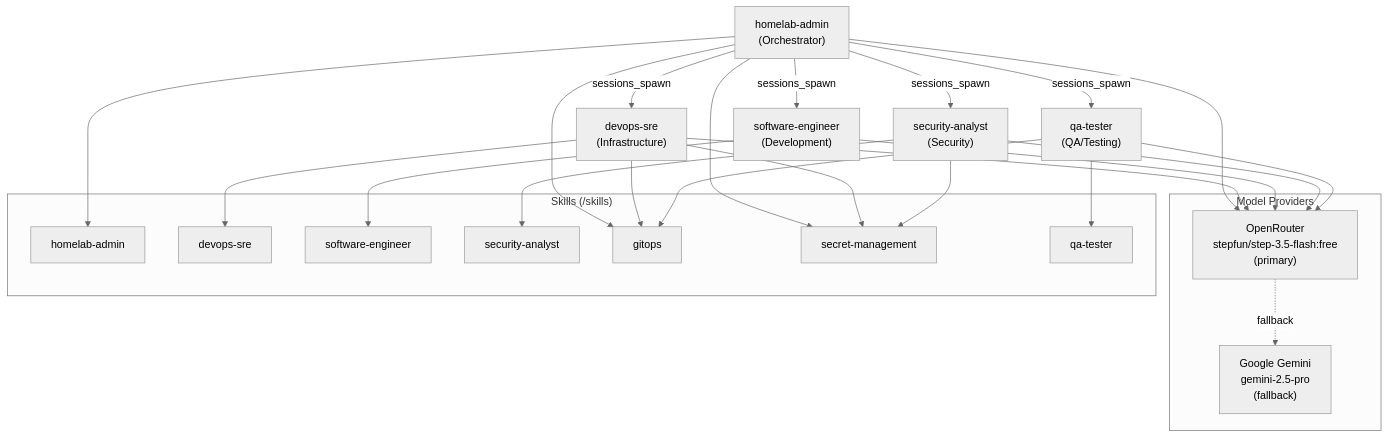
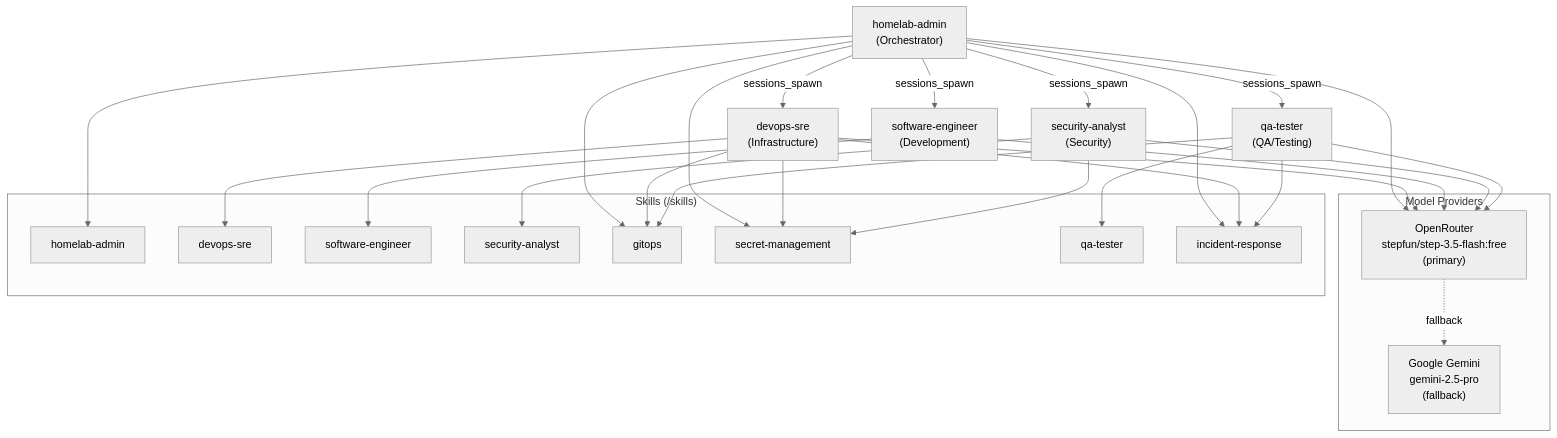
One commit to haingth77/homelab changed the fifth of 5 diagrams in k8s/apps/openclaw/README.md. Above: the diagram before and after it, drawn with Mermaid (neutral theme). The commit also changed other lines of this file and 11 other files, not shown here.

First line of the commit message:
feat: add incident response skill, pre-merge validation, and Cursor git workflow (#12)

````diff
--- a/k8s/apps/openclaw/README.md
+++ b/k8s/apps/openclaw/README.md
@@ -458,37 +460,38 @@
 ```mermaid
 flowchart TD
     subgraph models["Model Providers"]
         OpenRouterM["OpenRouter\nstepfun/step-3.5-flash:free\n(primary)"]
         GeminiM["Google Gemini\ngemini-2.5-pro\n(fallback)"]
     end
 
     HA["homelab-admin\n(Orchestrator)"]
     DS["devops-sre\n(Infrastructure)"]
     SE["software-engineer\n(Development)"]
     SA["security-analyst\n(Security)"]
     QA["qa-tester\n(QA/Testing)"]
 
     HA -- "sessions_spawn" --> DS
     HA -- "sessions_spawn" --> SE
     HA -- "sessions_spawn" --> SA
     HA -- "sessions_spawn" --> QA
 
     HA & DS & SE & SA & QA --> OpenRouterM
     OpenRouterM -. "fallback" .-> GeminiM
 
     subgraph skills["Skills (/skills)"]
         S1["homelab-admin"]
         S2["devops-sre"]
         S3["software-engineer"]
         S4["security-analyst"]
         S5["gitops"]
         S6["secret-management"]
         S7["qa-tester"]
+        S8["incident-response"]
     end
 
-    HA --> S1 & S5 & S6
-    DS --> S2 & S5 & S6
+    HA --> S1 & S5 & S6 & S8
+    DS --> S2 & S5 & S6 & S8
     SE --> S3
     SA --> S4 & S6
-    QA --> S7 & S5
+    QA --> S7 & S5 & S8
 ```
````
